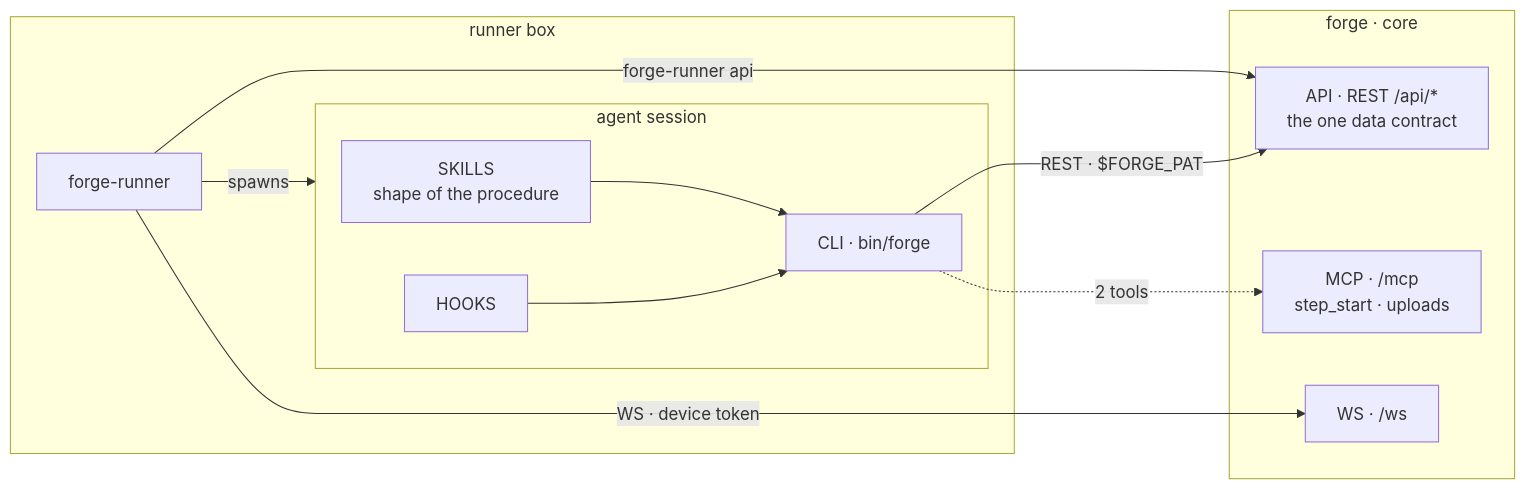
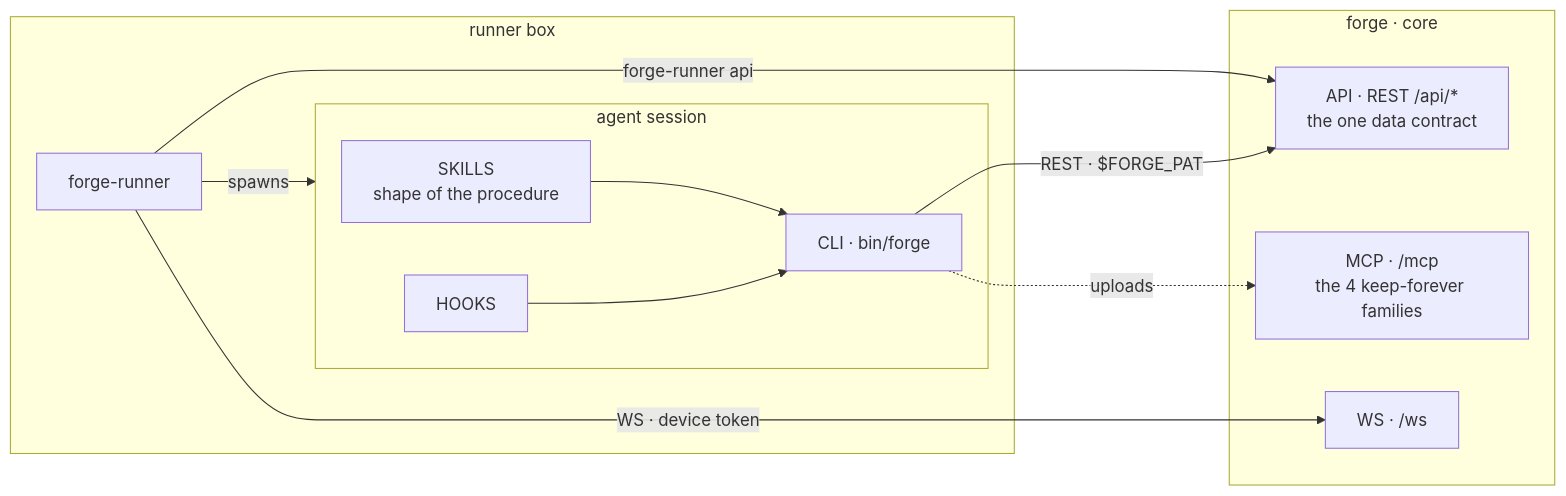
One commit to SidCorp-co/forge changed the second of 2 diagrams in docs/architecture/agent-surface.md. Above: the diagram before and after it, drawn with Mermaid. The commit also changed other lines of this file and 7 other files, not shown here.

````diff
--- a/docs/architecture/agent-surface.md
+++ b/docs/architecture/agent-surface.md
@@ -95,22 +98,22 @@
 ```mermaid
 flowchart LR
   subgraph BOX["runner box"]
     D["forge-runner"]
     subgraph S["agent session"]
       SK["SKILLS<br/>shape of the procedure"] --> CLI["CLI · bin/forge"]
       HK["HOOKS"] --> CLI
     end
     D -->|spawns| S
   end
 
   subgraph CORE["forge · core"]
     API["API · REST /api/*<br/>the one data contract"]
-    MCP["MCP · /mcp<br/>step_start · uploads"]
+    MCP["MCP · /mcp<br/>the 4 keep-forever families"]
     WS["WS · /ws"]
   end
 
   D -->|"WS · device token"| WS
   D -->|"forge-runner api"| API
   CLI -->|"REST · $FORGE_PAT"| API
-  CLI -.->|"2 tools"| MCP
+  CLI -.->|"uploads"| MCP
 ```
````
